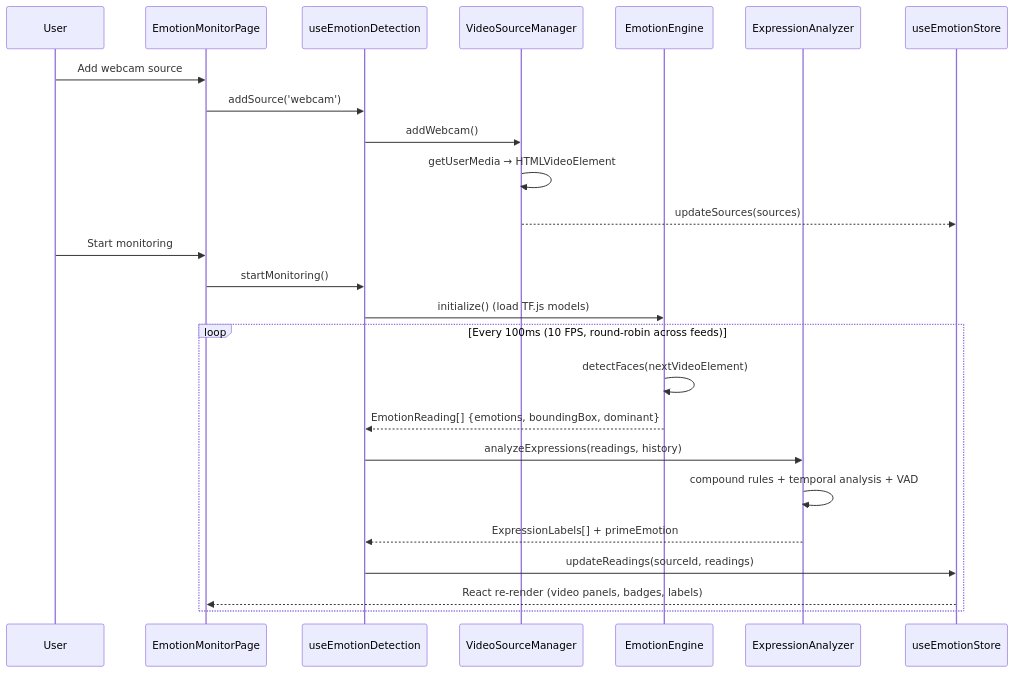
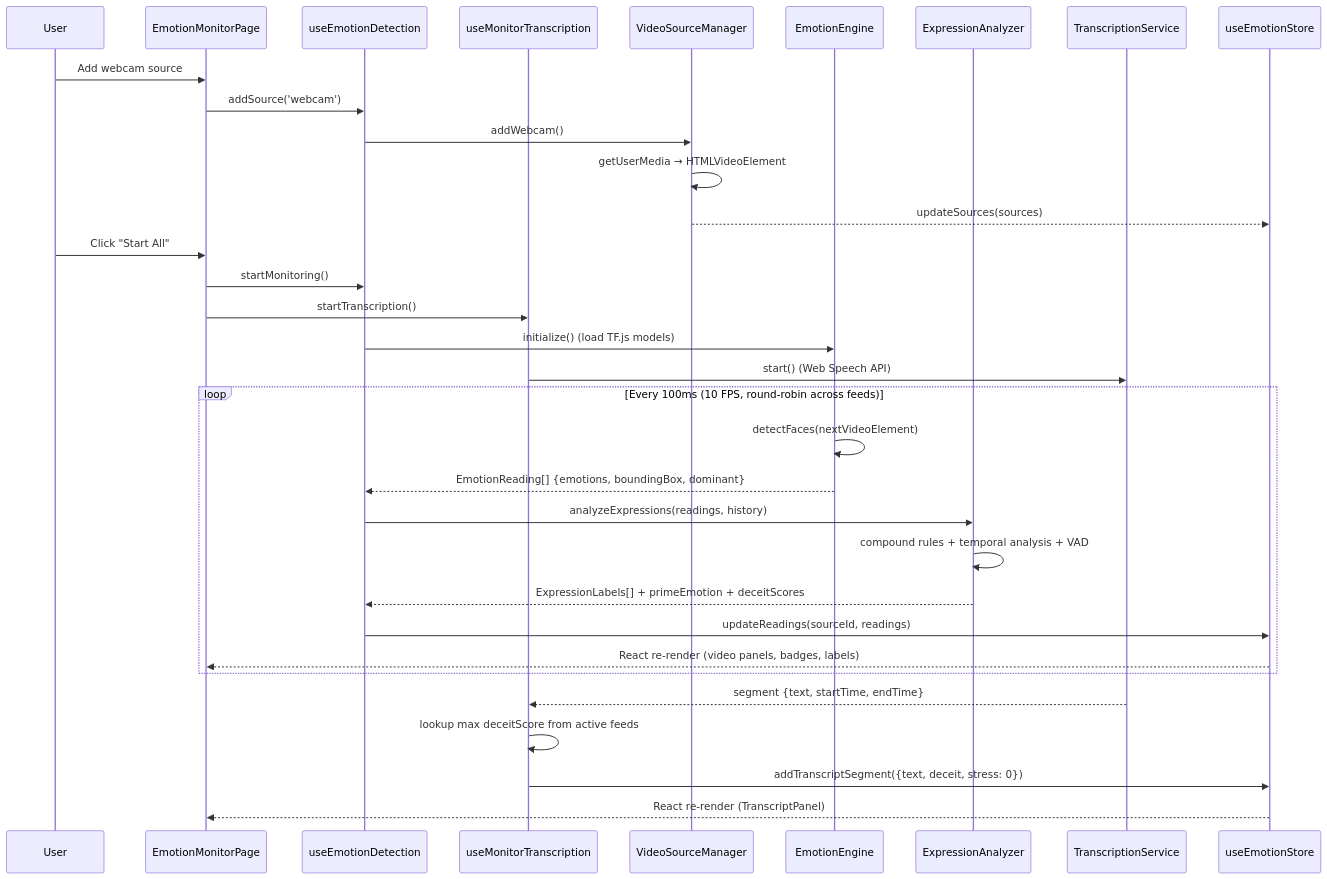
The third of 3 diagrams in design/c4-diagrams/3-component.md (ssevera1/ToneAnalyzer), drawn with Mermaid before and after one commit. The commit also changed other lines of this file and 4 other files, not shown here.

````diff
--- a/design/c4-diagrams/3-component.md
+++ b/design/c4-diagrams/3-component.md
@@ -106,30 +111,39 @@
 ```mermaid
 sequenceDiagram
     participant User
     participant Page as EmotionMonitorPage
     participant Hook as useEmotionDetection
+    participant TransHook as useMonitorTranscription
     participant VSM as VideoSourceManager
     participant EE as EmotionEngine
     participant EA as ExpressionAnalyzer
+    participant TS as TranscriptionService
     participant Store as useEmotionStore
 
     User->>Page: Add webcam source
     Page->>Hook: addSource('webcam')
     Hook->>VSM: addWebcam()
     VSM->>VSM: getUserMedia → HTMLVideoElement
     VSM-->>Store: updateSources(sources)
 
-    User->>Page: Start monitoring
+    User->>Page: Click "Start All"
     Page->>Hook: startMonitoring()
+    Page->>TransHook: startTranscription()
     Hook->>EE: initialize() (load TF.js models)
+    TransHook->>TS: start() (Web Speech API)
 
     loop Every 100ms (10 FPS, round-robin across feeds)
         EE->>EE: detectFaces(nextVideoElement)
         EE-->>Hook: EmotionReading[] {emotions, boundingBox, dominant}
         Hook->>EA: analyzeExpressions(readings, history)
         EA->>EA: compound rules + temporal analysis + VAD
-        EA-->>Hook: ExpressionLabels[] + primeEmotion
+        EA-->>Hook: ExpressionLabels[] + primeEmotion + deceitScores
         Hook->>Store: updateReadings(sourceId, readings)
         Store-->>Page: React re-render (video panels, badges, labels)
     end
+
+    TS-->>TransHook: segment {text, startTime, endTime}
+    TransHook->>TransHook: lookup max deceitScore from active feeds
+    TransHook->>Store: addTranscriptSegment({text, deceit, stress: 0})
+    Store-->>Page: React re-render (TranscriptPanel)
 ```
````
